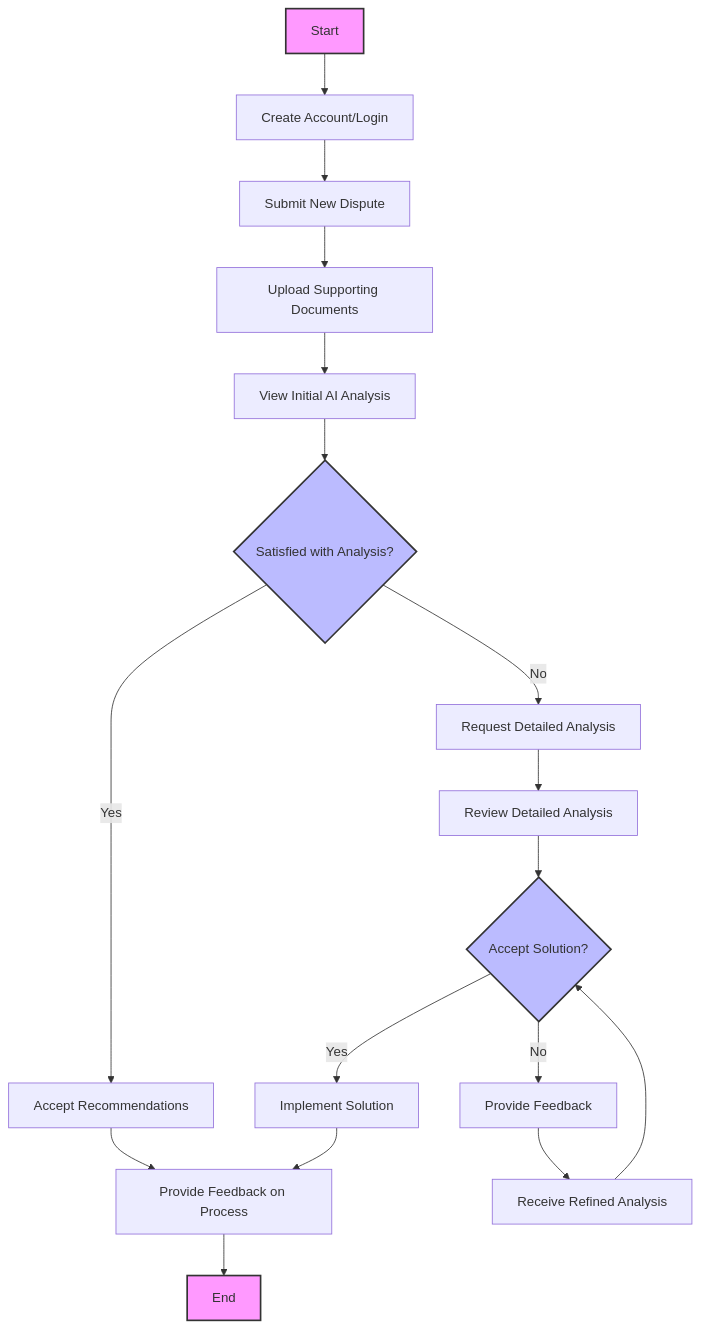
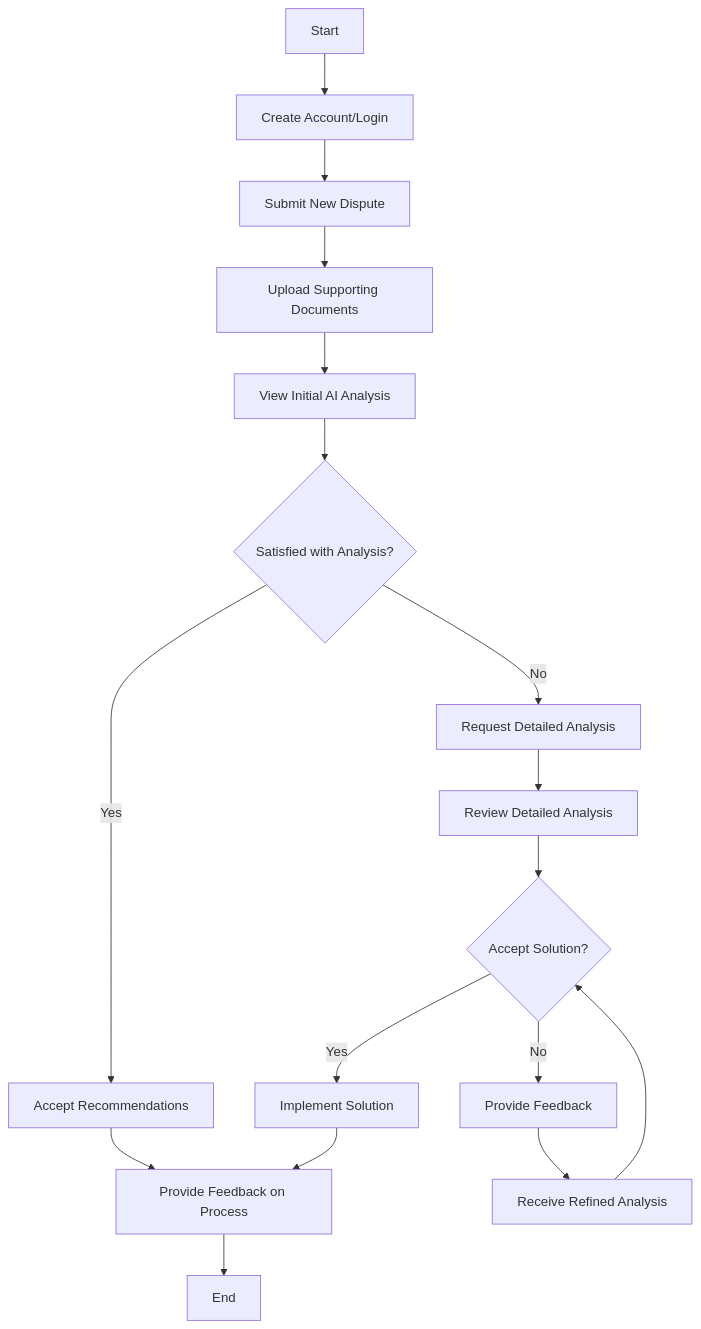
Before and after one commit to DebopamParam/AI-Powered_Dispute_Resolution: the fifth of 5 diagrams in README.md, drawn with Mermaid. The commit also changed other lines of this file, not shown here.

````diff
--- a/README.md
+++ b/README.md
@@ -178,23 +168,19 @@
 ```mermaid
 graph TD
     A[Start] --> B[Create Account/Login]
     B --> C[Submit New Dispute]
     C --> D[Upload Supporting Documents]
     D --> E[View Initial AI Analysis]
     E --> F{Satisfied with Analysis?}
     F -->|Yes| G[Accept Recommendations]
     F -->|No| H[Request Detailed Analysis]
     H --> I[Review Detailed Analysis]
     I --> J{Accept Solution?}
     J -->|Yes| K[Implement Solution]
     J -->|No| L[Provide Feedback]
     L --> M[Receive Refined Analysis]
     M --> J
     G --> N[Provide Feedback on Process]
     K --> N
     N --> O[End]
-    style A fill:#f9f,stroke:#333,stroke-width:2px
-    style F fill:#bbf,stroke:#333,stroke-width:2px
-    style J fill:#bbf,stroke:#333,stroke-width:2px
-    style O fill:#f9f,stroke:#333,stroke-width:2px
 ```
````
